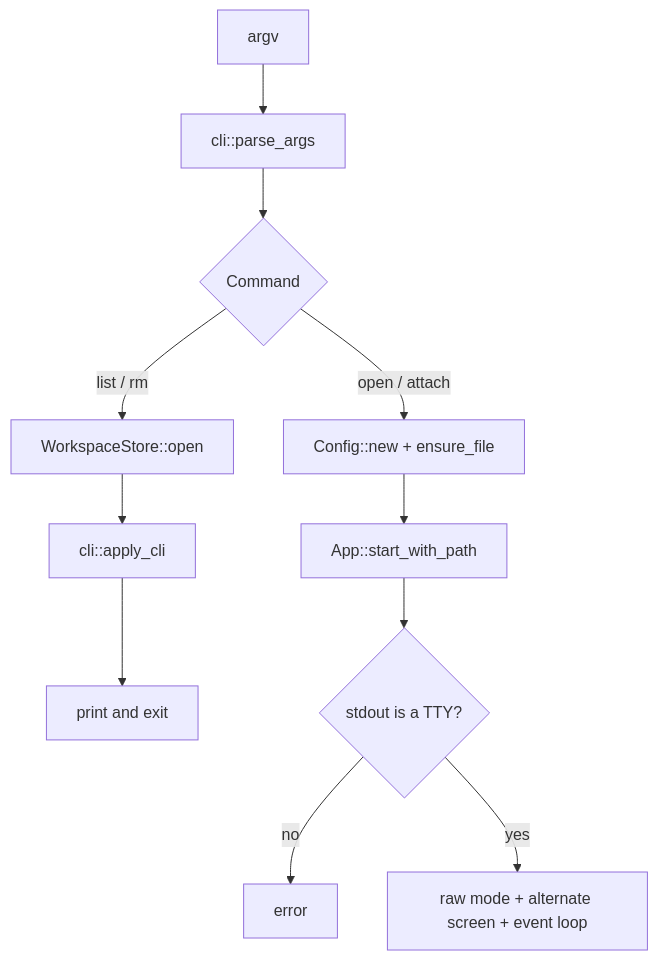
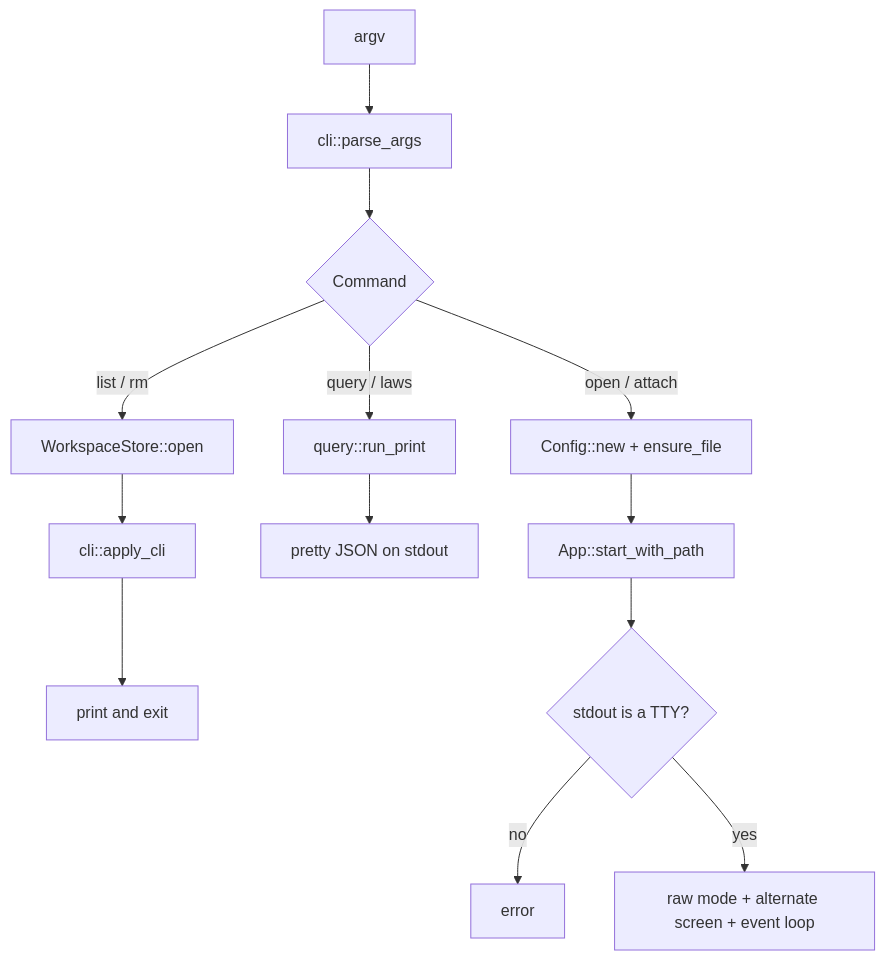
Before and after one commit to mglasder/normen: the second of 5 diagrams in docs/architecture.md, drawn with Mermaid. The commit also changed other lines of this file and 1 other file, not shown here.

Commit message:
Document the JSON print CLI in the README and architecture notes.

````diff
--- a/docs/architecture.md
+++ b/docs/architecture.md
@@ -80,15 +87,18 @@
 ```mermaid
 flowchart TD
     ARGS["argv"] --> PARSE["cli::parse_args"]
     PARSE --> CMD{"Command"}
 
     CMD -->|list / rm| STORE["WorkspaceStore::open"]
     STORE --> APPLY["cli::apply_cli"]
     APPLY --> STDOUT["print and exit"]
 
+    CMD -->|query / laws| RUN["query::run_print"]
+    RUN --> JSON["pretty JSON on stdout"]
+
     CMD -->|open / attach| CONF["Config::new + ensure_file"]
     CONF --> APP["App::start_with_path"]
     APP --> TERM{"stdout is a TTY?"}
     TERM -->|no| ERR["error"]
     TERM -->|yes| LOOP["raw mode + alternate screen + event loop"]
 ```
````
